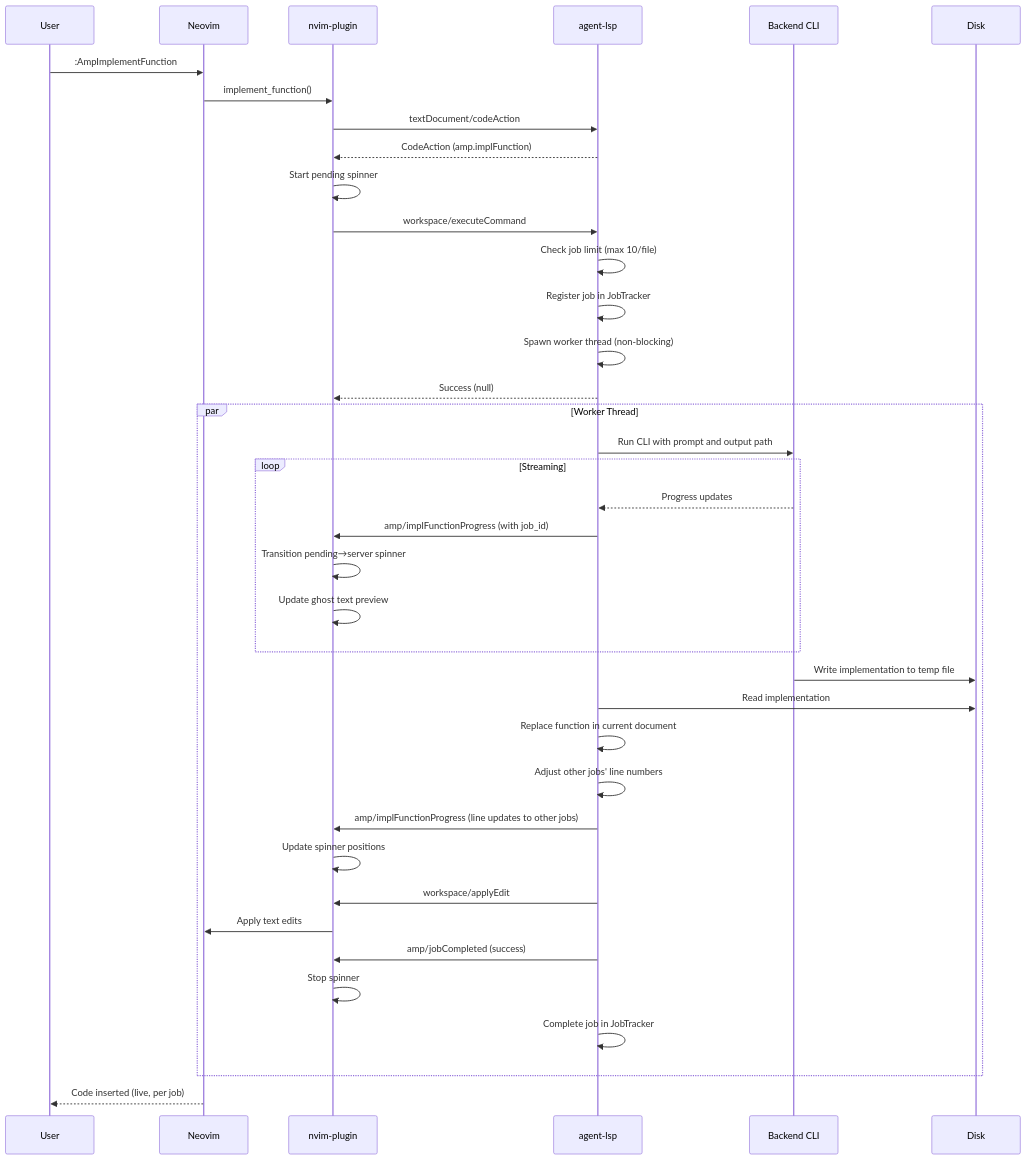
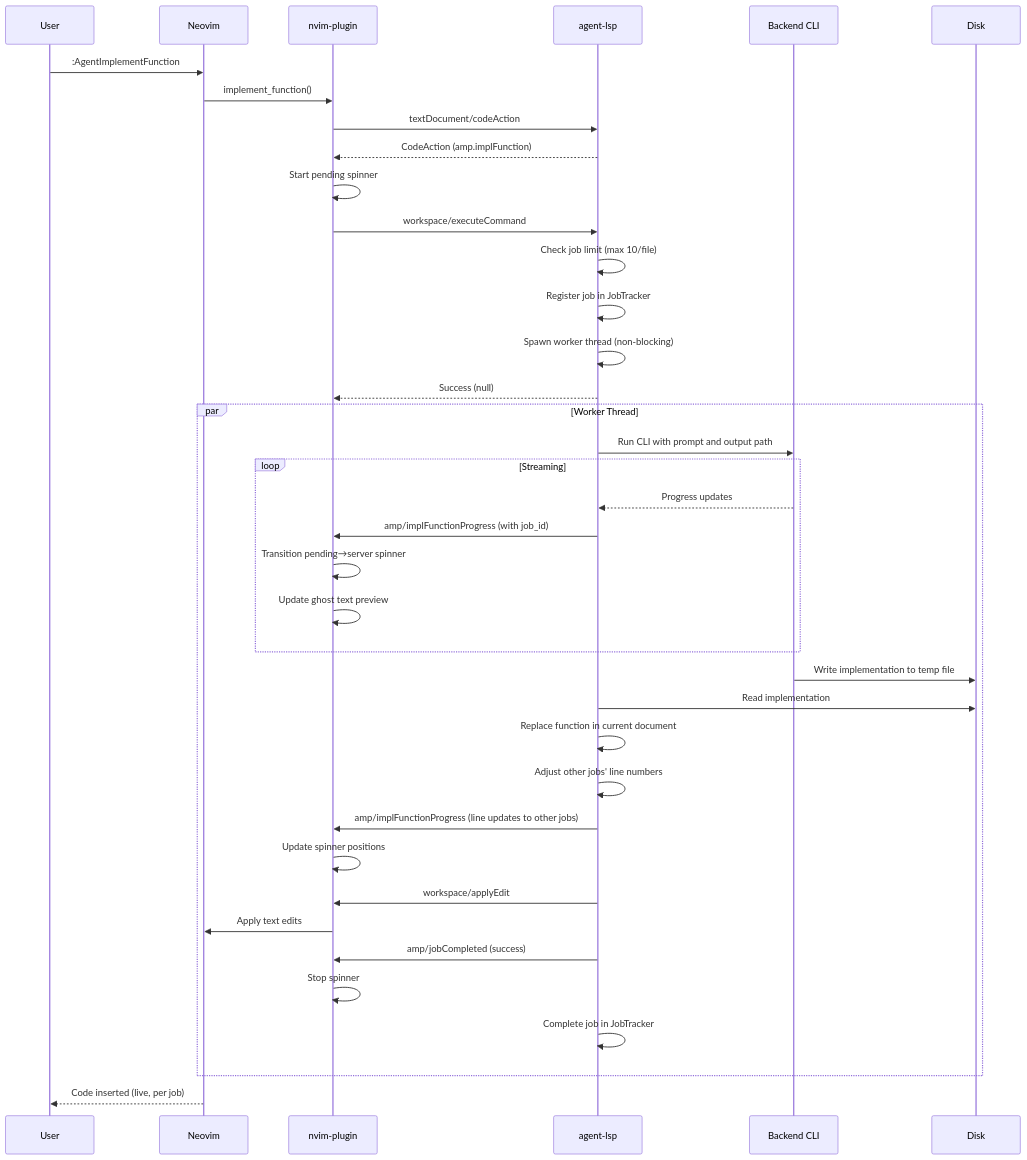
The first of 2 diagrams in README.md (yuvaldolev/agent.nvim), drawn with Mermaid before and after one commit. The commit also changed other lines of this file and 2 other files, not shown here.

First line of the commit message:
feat(nvim): rename AmpImplementFunction to AgentImplementFunction (#14)

````diff
--- a/README.md
+++ b/README.md
@@ -202,42 +202,42 @@
 ```mermaid
 sequenceDiagram
     participant User
     participant Neovim
     participant Plugin as nvim-plugin
     participant LSP as agent-lsp
     participant Backend as Backend CLI
 
-    User->>Neovim: :AmpImplementFunction
+    User->>Neovim: :AgentImplementFunction
     Neovim->>Plugin: implement_function()
     Plugin->>LSP: textDocument/codeAction
     LSP-->>Plugin: CodeAction (amp.implFunction)
     Plugin->>Plugin: Start pending spinner
     Plugin->>LSP: workspace/executeCommand
     LSP->>LSP: Check job limit (max 10/file)
     LSP->>LSP: Register job in JobTracker
     LSP->>LSP: Spawn worker thread (non-blocking)
     LSP-->>Plugin: Success (null)
     
     par Worker Thread
         LSP->>Backend: Run CLI with prompt and output path
         loop Streaming
             Backend-->>LSP: Progress updates
             LSP->>Plugin: amp/implFunctionProgress (with job_id)
             Plugin->>Plugin: Transition pending→server spinner
             Plugin->>Plugin: Update ghost text preview
         end
         Backend->>Disk: Write implementation to temp file
         LSP->>Disk: Read implementation
         LSP->>LSP: Replace function in current document
         LSP->>LSP: Adjust other jobs' line numbers
         LSP->>Plugin: amp/implFunctionProgress (line updates to other jobs)
         Plugin->>Plugin: Update spinner positions
         LSP->>Plugin: workspace/applyEdit
         Plugin->>Neovim: Apply text edits
         LSP->>Plugin: amp/jobCompleted (success)
         Plugin->>Plugin: Stop spinner
         LSP->>LSP: Complete job in JobTracker
     end
     
     Neovim-->>User: Code inserted (live, per job)
 ```
````
